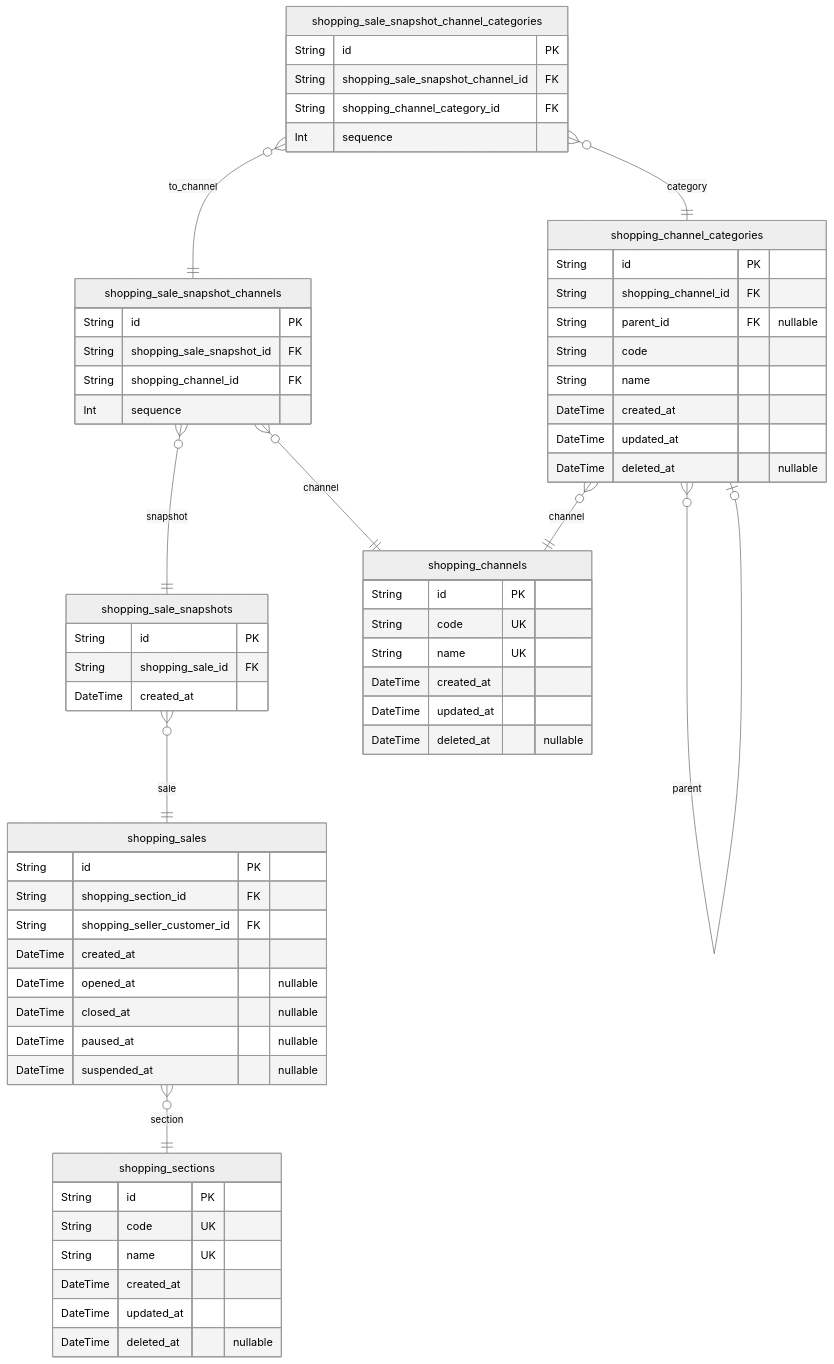
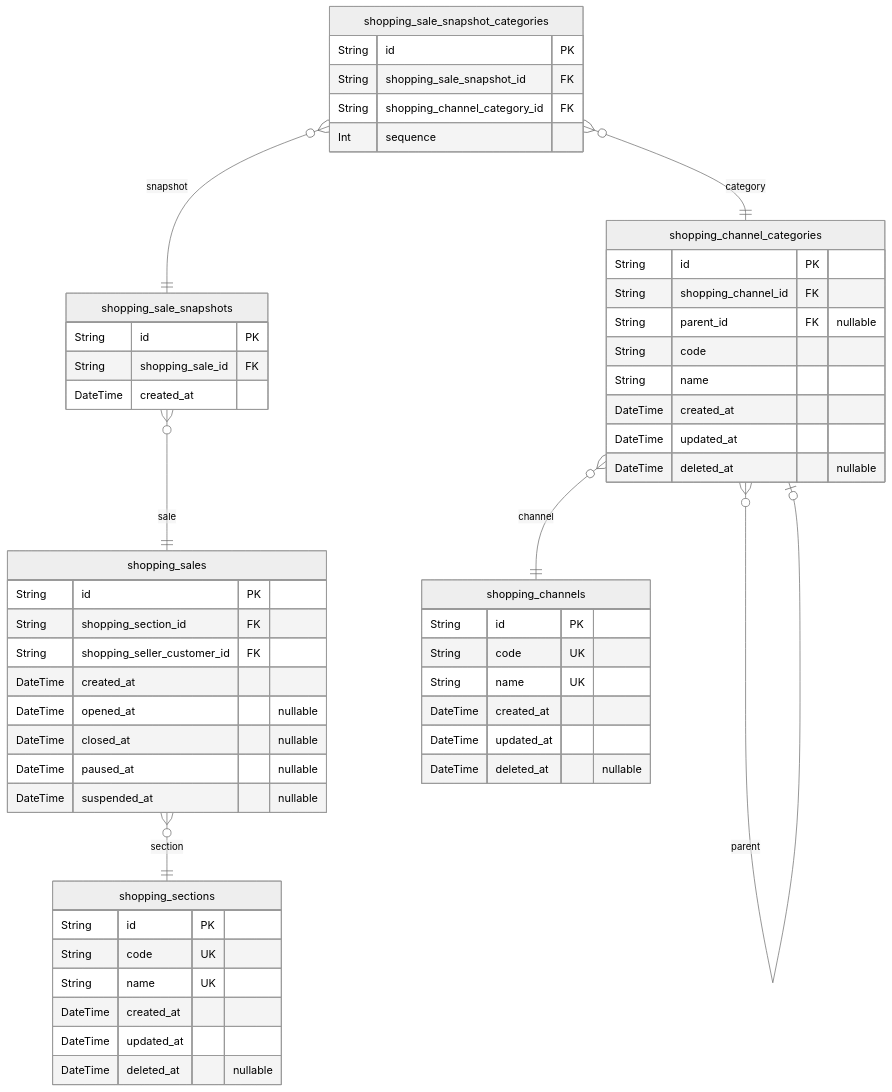
The second of 10 diagrams in prisma/docs/ERD.md (samchon/shopping-backend), drawn with Mermaid (neutral theme) before and after one commit. The commit also changed other lines of this file and 75 other files, not shown here.

````diff
--- a/prisma/docs/ERD.md
+++ b/prisma/docs/ERD.md
@@ -235,64 +235,56 @@
 ```mermaid
 erDiagram
 "shopping_channels" {
   String id PK
   String code UK
   String name UK
   DateTime created_at
   DateTime updated_at
   DateTime deleted_at "nullable"
 }
 "shopping_channel_categories" {
   String id PK
   String shopping_channel_id FK
   String parent_id FK "nullable"
   String code
   String name
   DateTime created_at
   DateTime updated_at
   DateTime deleted_at "nullable"
 }
 "shopping_sections" {
   String id PK
   String code UK
   String name UK
   DateTime created_at
   DateTime updated_at
   DateTime deleted_at "nullable"
 }
 "shopping_sales" {
   String id PK
   String shopping_section_id FK
   String shopping_seller_customer_id FK
   DateTime created_at
   DateTime opened_at "nullable"
   DateTime closed_at "nullable"
   DateTime paused_at "nullable"
   DateTime suspended_at "nullable"
 }
 "shopping_sale_snapshots" {
   String id PK
   String shopping_sale_id FK
   DateTime created_at
 }
-"shopping_sale_snapshot_channels" {
+"shopping_sale_snapshot_categories" {
   String id PK
   String shopping_sale_snapshot_id FK
-  String shopping_channel_id FK
-  Int sequence
-}
-"shopping_sale_snapshot_channel_categories" {
-  String id PK
-  String shopping_sale_snapshot_channel_id FK
   String shopping_channel_category_id FK
   Int sequence
 }
 "shopping_channel_categories" }o--|| "shopping_channels" : channel
 "shopping_channel_categories" }o--o| "shopping_channel_categories" : parent
 "shopping_sales" }o--|| "shopping_sections" : section
 "shopping_sale_snapshots" }o--|| "shopping_sales" : sale
-"shopping_sale_snapshot_channels" }o--|| "shopping_sale_snapshots" : snapshot
-"shopping_sale_snapshot_channels" }o--|| "shopping_channels" : channel
-"shopping_sale_snapshot_channel_categories" }o--|| "shopping_sale_snapshot_channels" : to_channel
-"shopping_sale_snapshot_channel_categories" }o--|| "shopping_channel_categories" : category
+"shopping_sale_snapshot_categories" }o--|| "shopping_sale_snapshots" : snapshot
+"shopping_sale_snapshot_categories" }o--|| "shopping_channel_categories" : category
 ```
````
